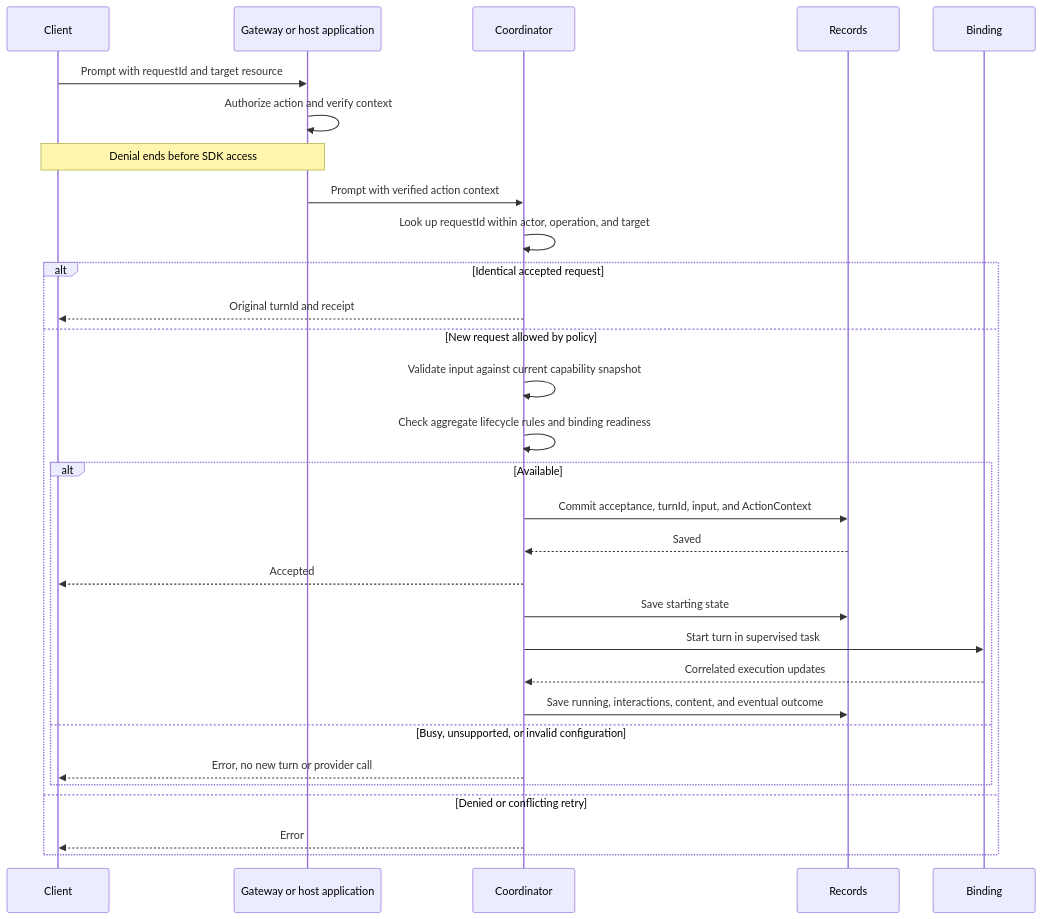
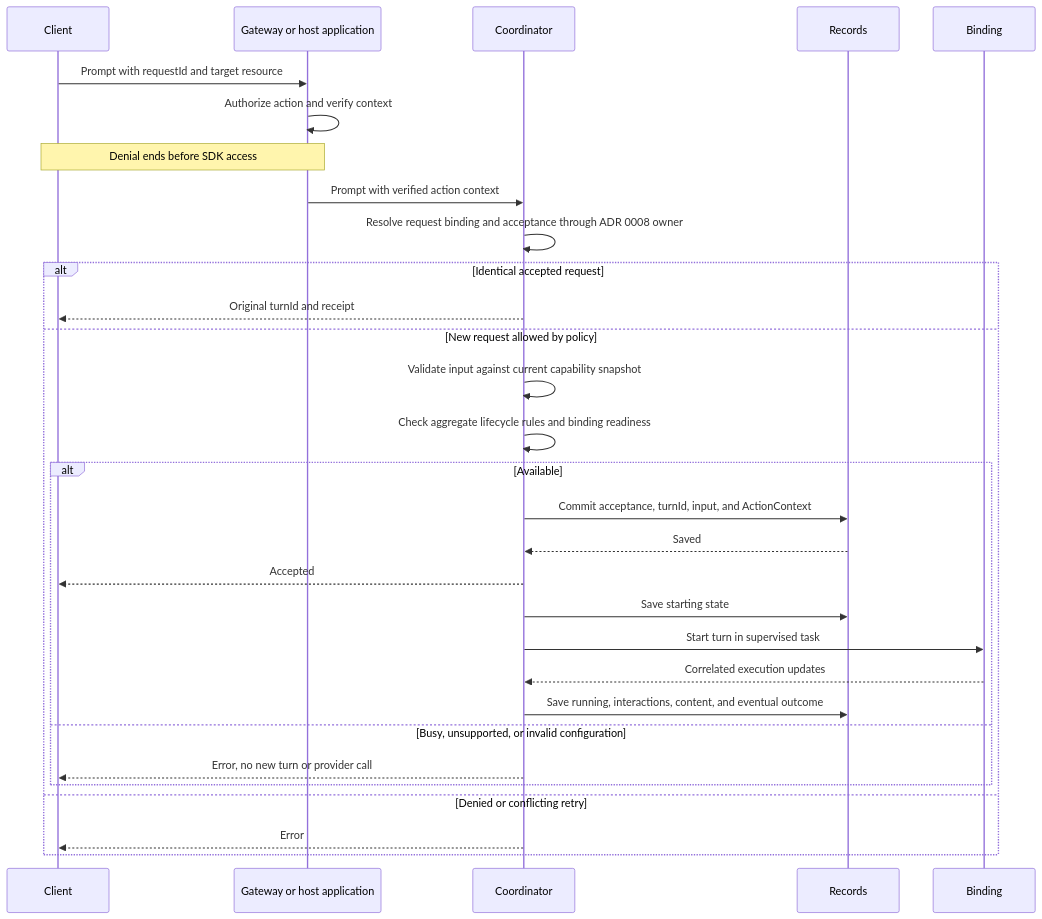
Before and after one commit to nessalabs/nessa-agent: the fourth of 8 diagrams in docs/design/agent_execution/runtime-classes-and-sequences.md, drawn with Mermaid. The commit also changed other lines of this file and 5 other files, not shown here.

First line of the commit message:
sync: keep request namespace in its ADR owner

````diff
--- a/docs/design/agent_execution/runtime-classes-and-sequences.md
+++ b/docs/design/agent_execution/runtime-classes-and-sequences.md
@@ -284,32 +288,32 @@
 ```mermaid
 sequenceDiagram
     participant C as Client
     participant G as Gateway or host application
     participant R as Coordinator
     participant S as Records
     participant B as Binding
     C->>G: Prompt with requestId and target resource
     G->>G: Authorize action and verify context
     Note over C,G: Denial ends before SDK access
     G->>R: Prompt with verified action context
-    R->>R: Look up requestId within actor, operation, and target
+    R->>R: Resolve request binding and acceptance through ADR 0008 owner
     alt Identical accepted request
         R-->>C: Original turnId and receipt
     else New request allowed by policy
         R->>R: Validate input against current capability snapshot
         R->>R: Check aggregate lifecycle rules and binding readiness
         alt Available
             R->>S: Commit acceptance, turnId, input, and ActionContext
             S-->>R: Saved
             R-->>C: Accepted
             R->>S: Save starting state
             R->>B: Start turn in supervised task
             B-->>R: Correlated execution updates
             R->>S: Save running, interactions, content, and eventual outcome
         else Busy, unsupported, or invalid configuration
             R-->>C: Error, no new turn or provider call
         end
     else Denied or conflicting retry
         R-->>C: Error
     end
 ```
````
